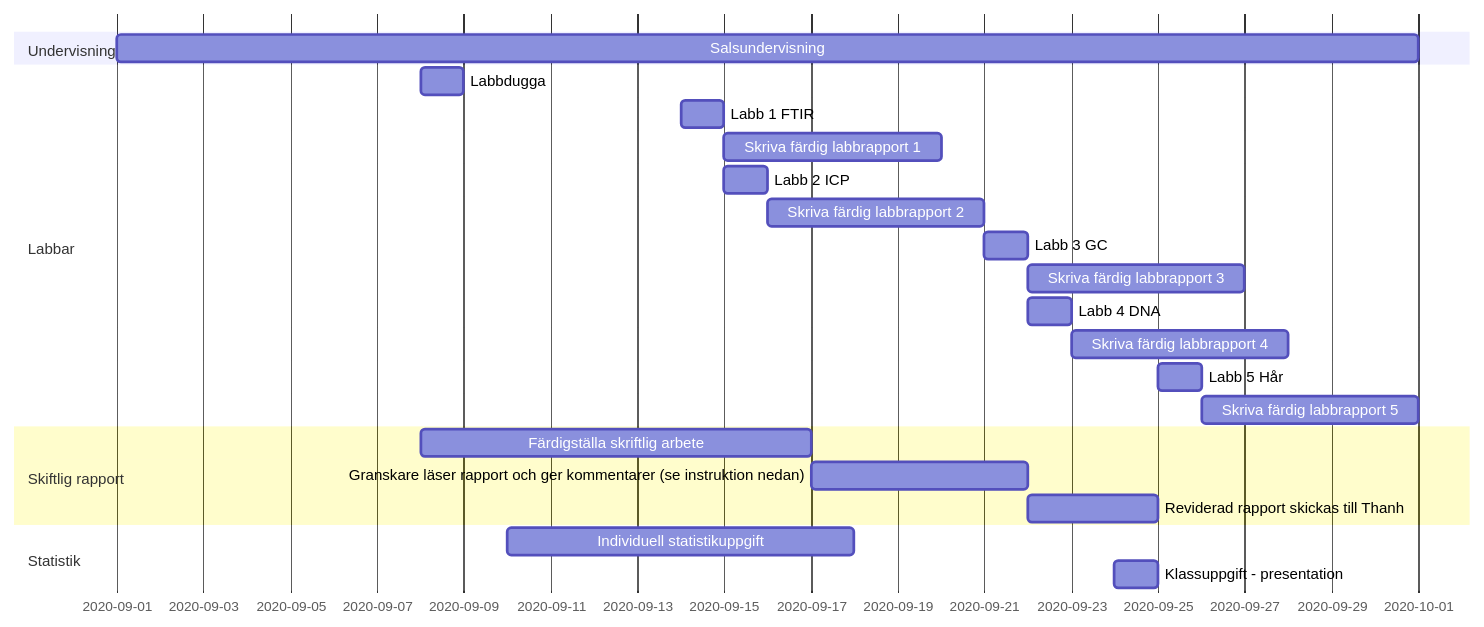
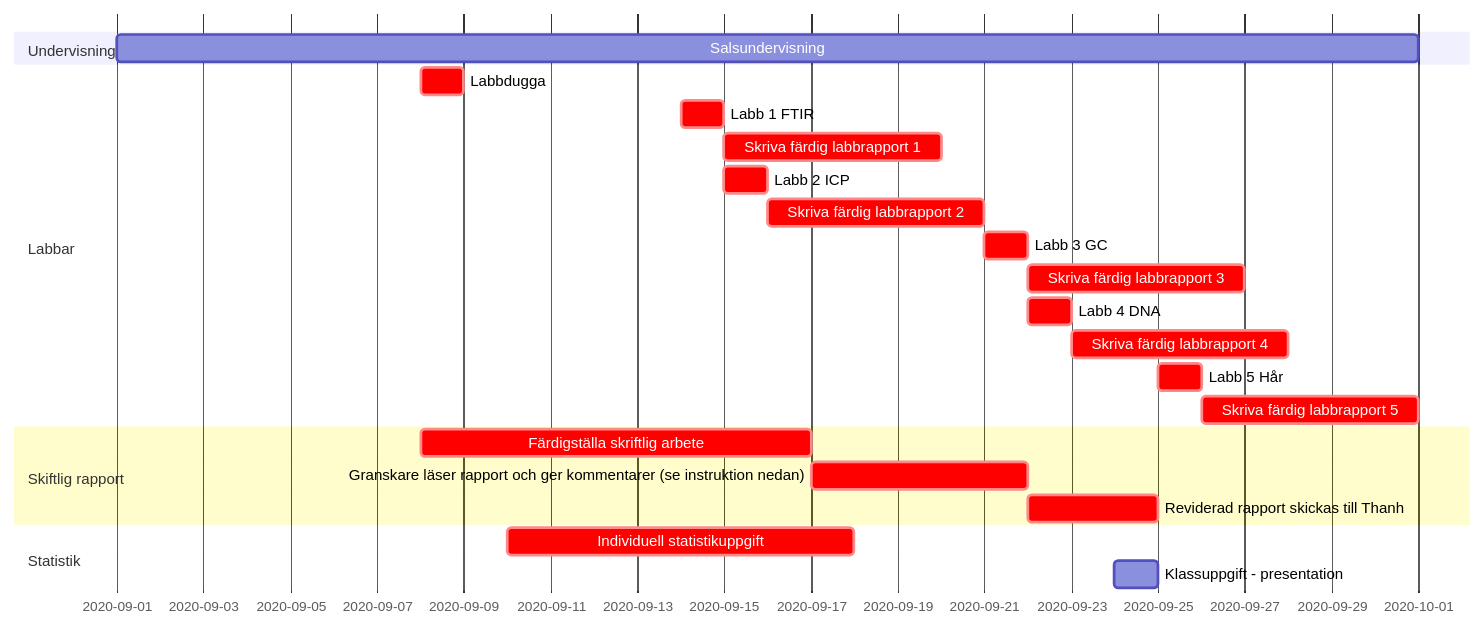
One commit to WBS-TW/KE201G changed the diagram in content/kursupplägg/gantt/gantt.md. Above: the diagram before and after it, drawn with Mermaid.

Commit message:
modified colors of gantt

````diff
--- a/content/kursupplägg/gantt/gantt.md
+++ b/content/kursupplägg/gantt/gantt.md
@@ -30,25 +30,29 @@
 ```mermaid
 gantt
   dateFormat  YYYY-MM-DD
+  
   section Undervisning
   Salsundervisning: 2020-09-01, 2020-10-01
+  
   section Labbar
-  Labbdugga: LD, 2020-09-08, 1d
-  Labb 1 FTIR: L1, 2020-09-14, 1d
-  Skriva färdig labbrapport 1: after L1, 5d
-  Labb 2 ICP: L2, 2020-09-15, 1d
-  Skriva färdig labbrapport 2: after L2, 5d
-  Labb 3 GC: L3, 2020-09-21, 1d
-  Skriva färdig labbrapport 3: after L3, 5d
-  Labb 4 DNA: L4, 2020-09-22, 1d
-  Skriva färdig labbrapport 4: after L4, 5d
-  Labb 5 Hår: L5, 2020-09-25, 1d 
-  Skriva färdig labbrapport 5: after L5, 5d
+  Labbdugga: crit, LD, 2020-09-08, 1d
+  Labb 1 FTIR: crit, L1, 2020-09-14, 1d
+  Skriva färdig labbrapport 1: crit, after L1, 5d
+  Labb 2 ICP: crit, L2, 2020-09-15, 1d
+  Skriva färdig labbrapport 2: crit, after L2, 5d
+  Labb 3 GC: crit, L3, 2020-09-21, 1d
+  Skriva färdig labbrapport 3: crit, after L3, 5d
+  Labb 4 DNA: crit, L4, 2020-09-22, 1d
+  Skriva färdig labbrapport 4: crit, after L4, 5d
+  Labb 5 Hår: crit, L5, 2020-09-25, 1d 
+  Skriva färdig labbrapport 5: crit, after L5, 5d
+  
   section Skiftlig rapport
-  Färdigställa skriftlig arbete: 2020-09-08, 2020-09-17
-  Granskare läser rapport och ger kommentarer (se instruktion nedan): 2020-09-17, 2020-09-22
-  Reviderad rapport skickas till Thanh: 2020-09-22, 2020-09-25  
+  Färdigställa skriftlig arbete: crit, 2020-09-08, 2020-09-17
+  Granskare läser rapport och ger kommentarer (se instruktion nedan): crit, 2020-09-17, 2020-09-22
+  Reviderad rapport skickas till Thanh: crit, 2020-09-22, 2020-09-25  
+  
   section Statistik
-  Individuell statistikuppgift: 2020-09-10, 2020-09-18
+  Individuell statistikuppgift: crit, 2020-09-10, 2020-09-18
   Klassuppgift - presentation: 2020-09-24, 1d
 ```
````
